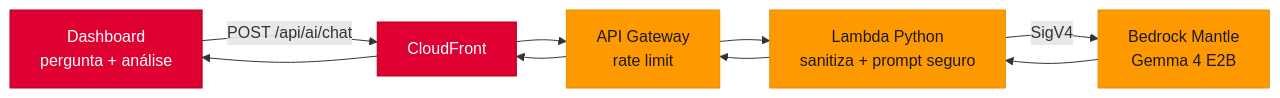
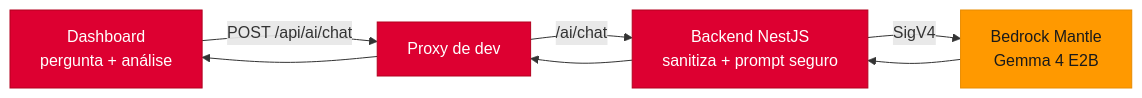
Before and after one commit to nathan270109/project-conscious: the seventh of 8 diagrams in docs/visao-geral-do-projeto.md, drawn with Mermaid. The commit also changed other lines of this file and 40 other files, not shown here.

````diff
--- a/docs/visao-geral-do-projeto.md
+++ b/docs/visao-geral-do-projeto.md
@@ -321,13 +273,12 @@
 ```mermaid
 flowchart LR
-  DB["Dashboard\npergunta + análise"] -->|POST /api/ai/chat| CF["CloudFront"]
-  CF --> AG["API Gateway\nrate limit"]
-  AG --> LM["Lambda Python\nsanitiza + prompt seguro"]
-  LM -->|SigV4| BR["Bedrock Mantle\nGemma 4 E2B"]
-  BR --> LM --> AG --> CF --> DB
+  DB["Dashboard\npergunta + análise"] -->|POST /api/ai/chat| PX["Proxy de dev"]
+  PX -->|/ai/chat| SVC["Backend NestJS\nsanitiza + prompt seguro"]
+  SVC -->|SigV4| BR["Bedrock Mantle\nGemma 4 E2B"]
+  BR --> SVC --> PX --> DB
 
   classDef front fill:#DD0031,color:#fff,stroke:#B3001F
   classDef aws fill:#FF9900,color:#1a1a1a,stroke:#E88B00
-  class DB,CF front
-  class AG,LM,BR aws
+  class DB,PX,SVC front
+  class BR aws
 ```
````
